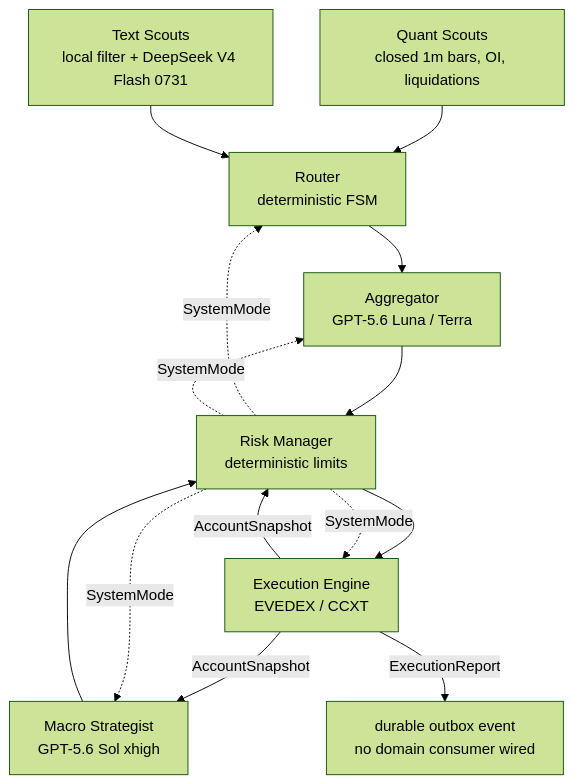
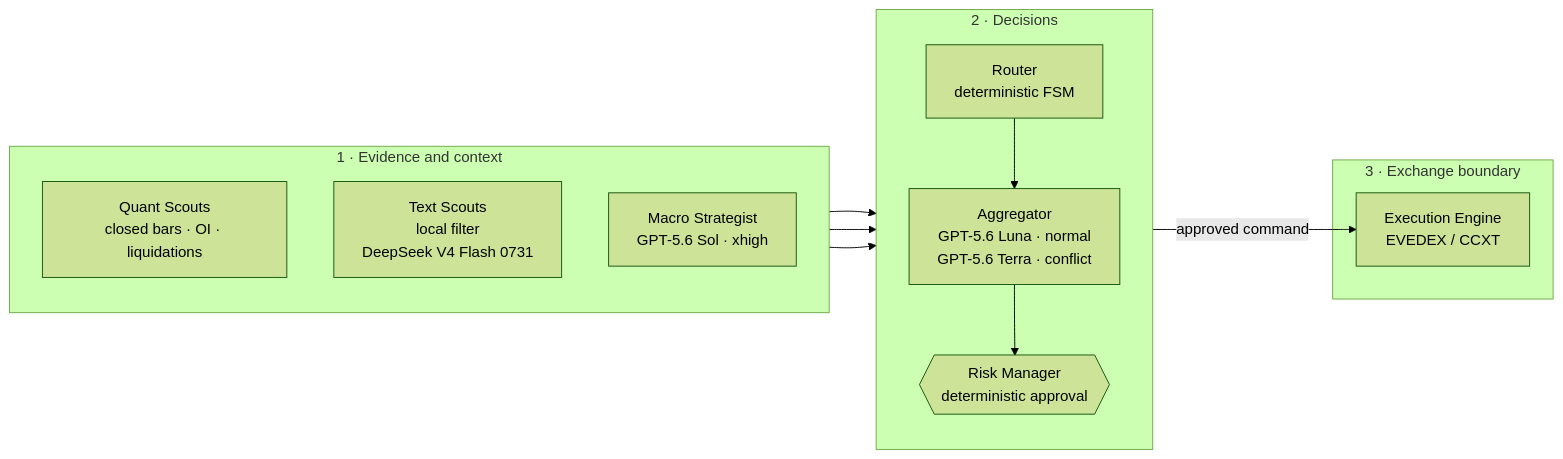
The first of 2 diagrams in README.md (Kairos-cryptoAI/kairos), drawn with Mermaid (forest theme) before and after one commit. The commit also changed other lines of this file, not shown here.

Commit message:
docs: clarify architecture diagrams

````diff
--- a/README.md
+++ b/README.md
@@ -7,16 +9,27 @@
 ```mermaid
-flowchart TD
-    Q["Quant Scouts<br/>closed 1m bars, OI, liquidations"] --> R["Router<br/>deterministic FSM"]
-    T["Text Scouts<br/>local filter + DeepSeek V4 Flash 0731"] --> R
-    R --> A["Aggregator<br/>GPT-5.6 Luna / Terra"]
-    A --> K["Risk Manager<br/>deterministic limits"]
-    M["Macro Strategist<br/>GPT-5.6 Sol xhigh"] --> K
-    K --> E["Execution Engine<br/>EVEDEX / CCXT"]
-    E -- "AccountSnapshot" --> K
-    E -- "AccountSnapshot" --> M
-    E -- "ExecutionReport" --> O["durable outbox event<br/>no domain consumer wired"]
-    K -. "SystemMode" .-> R
-    K -. "SystemMode" .-> A
-    K -. "SystemMode" .-> M
-    K -. "SystemMode" .-> E
+flowchart LR
+    subgraph Evidence["1 · Evidence and context"]
+        direction TB
+        Q["Quant Scouts<br/>closed bars · OI · liquidations"]
+        T["Text Scouts<br/>local filter<br/>DeepSeek V4 Flash 0731"]
+        M["Macro Strategist<br/>GPT-5.6 Sol · xhigh"]
+    end
+
+    subgraph Decisions["2 · Decisions"]
+        direction TB
+        R["Router<br/>deterministic FSM"]
+        A["Aggregator<br/>GPT-5.6 Luna · normal<br/>GPT-5.6 Terra · conflict"]
+        K{{"Risk Manager<br/>deterministic approval"}}
+    end
+
+    subgraph Exchange["3 · Exchange boundary"]
+        E["Execution Engine<br/>EVEDEX / CCXT"]
+    end
+
+    Q --> R
+    T --> R
+    R --> A
+    A --> K
+    M --> K
+    K -->|approved command| E
 ```
````
